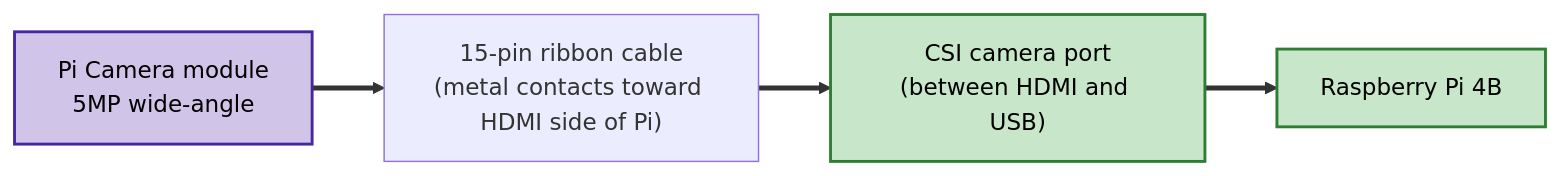
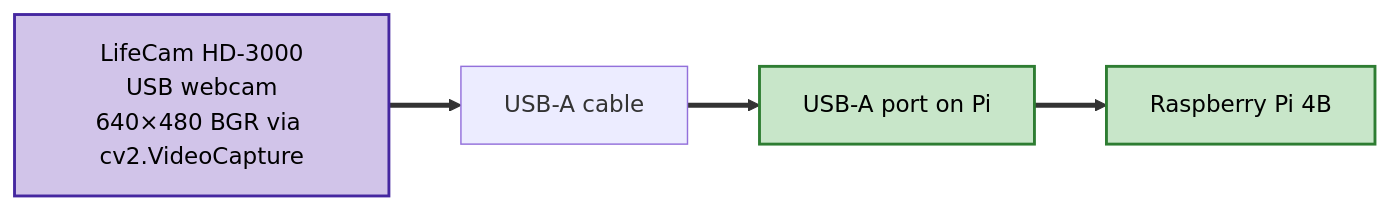
The sixth of 7 diagrams in docs/circuit-diagram.md (Adamzvulun/pi), drawn with Mermaid before and after one commit. The commit also changed other lines of this file and 10 other files, not shown here.

````diff
--- a/docs/circuit-diagram.md
+++ b/docs/circuit-diagram.md
@@ -267,14 +285,14 @@
 ```mermaid
 flowchart LR
     classDef cam fill:#d1c4e9,stroke:#4527a0,color:#000,stroke-width:2px
     classDef pi fill:#c8e6c9,stroke:#2e7d32,color:#000,stroke-width:2px
 
-    Cam["Pi Camera module<br/>5MP wide-angle"]:::cam
-    Ribbon["15-pin ribbon cable<br/>(metal contacts toward HDMI side of Pi)"]
-    CSI["CSI camera port<br/>(between HDMI and USB)"]:::pi
+    Cam["LifeCam HD-3000<br/>USB webcam<br/>640×480 BGR via cv2.VideoCapture"]:::cam
+    USB["USB-A cable"]
+    USBport["USB-A port on Pi"]:::pi
     PiBoard["Raspberry Pi 4B"]:::pi
 
-    Cam ==> Ribbon
-    Ribbon ==> CSI
-    CSI ==> PiBoard
+    Cam ==> USB
+    USB ==> USBport
+    USBport ==> PiBoard
 ```
````
